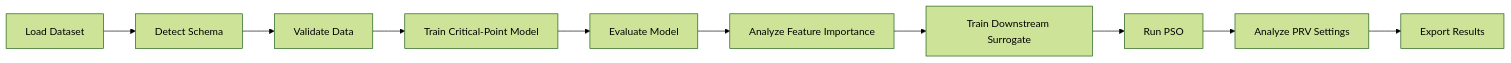
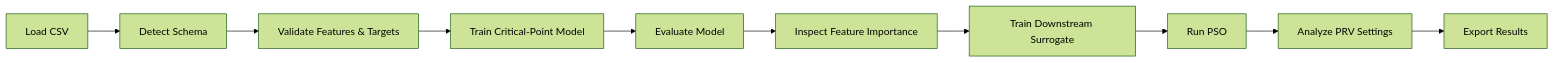
Before and after one commit to mahmmooudian/water-network-ai-analyzer: the second of 9 diagrams in README.md, drawn with Mermaid (forest theme). The commit also changed other lines of this file, not shown here.

````diff
--- a/README.md
+++ b/README.md
@@ -141,12 +129,12 @@
 ```mermaid
 flowchart LR
-    A[Load Dataset] --> B[Detect Schema]
-    B --> C[Validate Data]
+    A[Load CSV] --> B[Detect Schema]
+    B --> C[Validate Features & Targets]
     C --> D[Train Critical-Point Model]
     D --> E[Evaluate Model]
-    E --> F[Analyze Feature Importance]
+    E --> F[Inspect Feature Importance]
     F --> G[Train Downstream Surrogate]
     G --> H[Run PSO]
     H --> I[Analyze PRV Settings]
     I --> J[Export Results]
 ```
````
